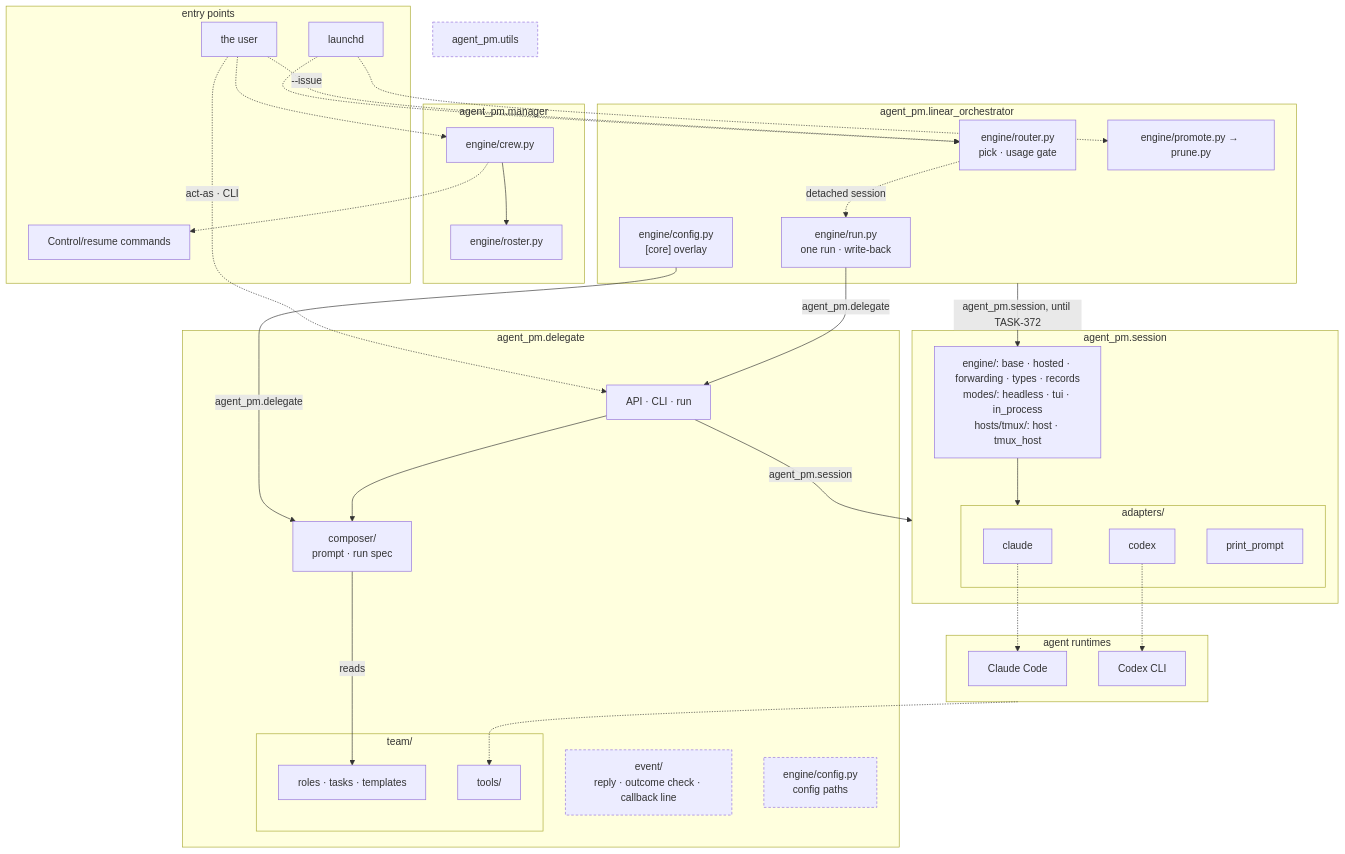
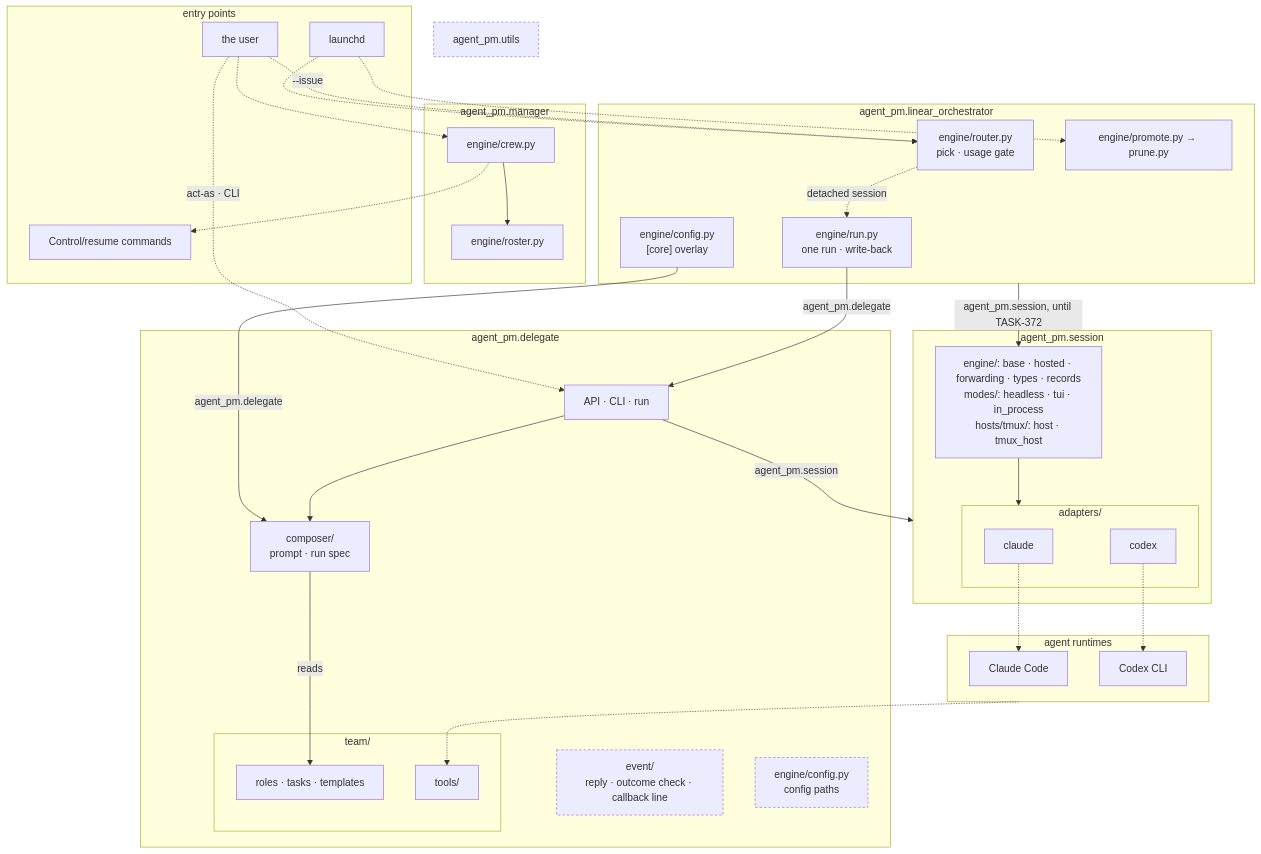
The second of 4 diagrams in README.md (ophis/agent-pm), drawn with Mermaid before and after one commit. The commit also changed other lines of this file and 98 other files, not shown here.

First line of the commit message:
TASK-366: Driver interface, InstructionDriver, Result.instruction, remove print_prompt (#210)

````diff
--- a/README.md
+++ b/README.md
@@ -18,58 +18,57 @@
 ```mermaid
 flowchart TB
   subgraph EN[entry points]
     LD[launchd]
     HU[the user]
     CC[Control/resume commands]
   end
   subgraph MG[agent_pm.manager]
     W["engine/crew.py"] --> RS["engine/roster.py"]
   end
   subgraph LO[agent_pm.linear_orchestrator]
     R["engine/router.py<br>pick · usage gate"]
     RU["engine/run.py<br>one run · write-back"]
     PP["engine/promote.py → prune.py"]
     LC["engine/config.py<br>[core] overlay"]
   end
   subgraph DL[agent_pm.delegate]
     D["API · CLI · run"]
     C["composer/<br>prompt · run spec"]
     EV["event/<br>reply · outcome check · callback line"]
     CF["engine/config.py<br>config paths"]
     subgraph TM[team/]
       T["roles · tasks · templates"]
       AT[tools/]
     end
   end
   subgraph SE[agent_pm.session]
     DR["engine/: base · hosted · forwarding · types · records<br>modes/: headless · tui · in_process<br>hosts/tmux/: host · tmux_host"]
     subgraph AD[adapters/]
       CL[claude]
       CX[codex]
-      PR[print_prompt]
     end
   end
   U[agent_pm.utils]
   subgraph RT[agent runtimes]
     P1[Claude Code]
     P2[Codex CLI]
   end
   LD -.-> R & PP
   HU -.->|"--issue"| R
   HU -.->|"act-as · CLI"| D
   HU -.-> W
   R -.->|detached session| RU
   RU -->|agent_pm.delegate| D
   LC -->|agent_pm.delegate| C
   LO -->|"agent_pm.session, until TASK-372"| DR
   W -.-> CC
   D --> C
   D -->|agent_pm.session| SE
   C -->|reads| T
   DR --> AD
   CL -.-> P1
   CX -.-> P2
   RT -.-> AT
   classDef shared stroke-dasharray: 4 3
   class EV,U,CF shared
 ```
````
